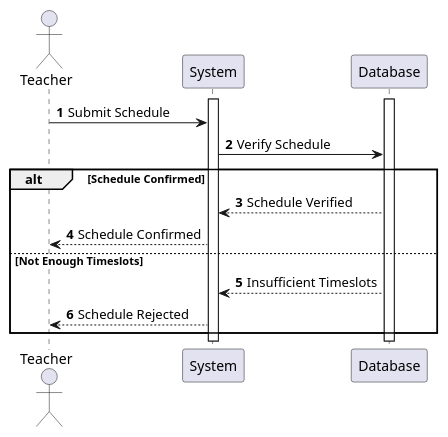
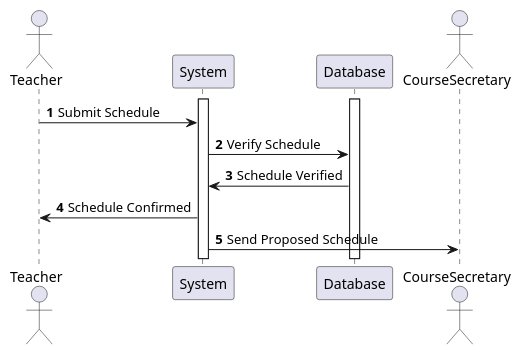
One commit to frejabauch/Systemudvikling_FSIS changed the diagram in SSD.puml. Above: the diagram before and after it, drawn with PlantUML. The commit also changed 4 other files, not shown here.

Commit message:
Diagrammer til Iteration 2

```diff
--- a/SSD.puml
+++ b/SSD.puml
@@ -1,44 +1,47 @@
 @startuml Propose schedule
 
 ' autonumber
 ' actor Teacher
 ' Teacher -> System: Login
 
 ' activate System
 ' activate Database
 
 ' System -> Database: Verificer bruger
 ' alt succesfuldt login
 '     Database --> System: Bruger ok
 '     System -> Teacher: Menu
 
 ' else Bruger ikke fundet
 '     Database --> System: Invalid bruger
 '     System -> Teacher: Log ud
 
 ' end
 
 ' Teacher -> System:request course schedule change
 ' activate HR
 ' System -> HR: Request to HR
 ' HR -> System:Answer that request is received
 ' System->Teacher:Show new message in inbox
 
 autonumber
 actor Teacher
 activate System
 activate Database
+actor CourseSecretary
 Teacher -> System: Submit Schedule
 System -> Database: Verify Schedule
-alt Schedule Confirmed
-    System <-- Database: Schedule Verified
-    Teacher <-- System: Schedule Confirmed
+' alt Schedule Confirmed
+'     System <-- Database: Schedule Verified
+'     Teacher <-- System: Schedule Confirmed
 
-else Not Enough Timeslots
-    System <-- Database: Insufficient Timeslots
-    Teacher <-- System: Schedule Rejected
-end
+' else Not Enough Timeslots
+'     System <-- Database: Insufficient Timeslots
+'     Teacher <- System: Schedule Rejected
+' end
+Database -> System: Schedule Verified
+System -> Teacher: Schedule Confirmed
 
-
+System -> CourseSecretary: Send Proposed Schedule
 
 @enduml
```
